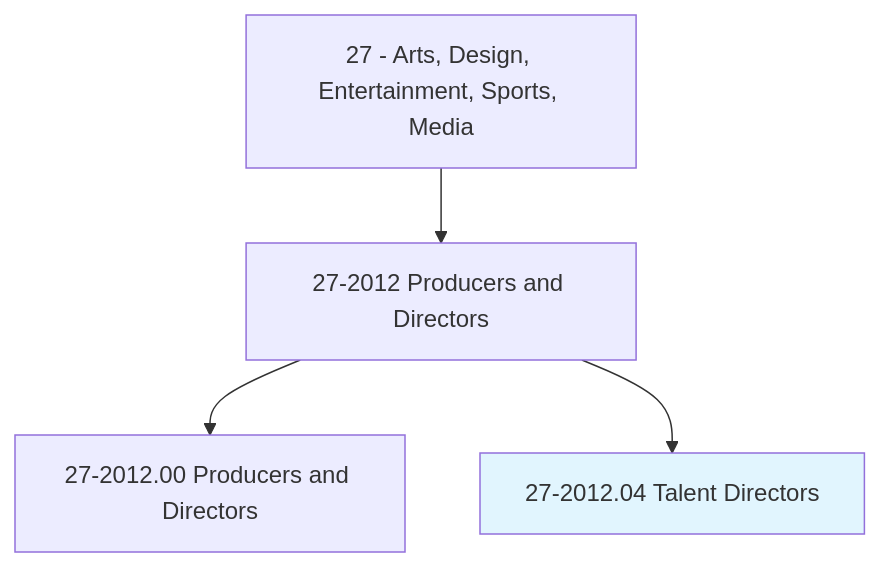
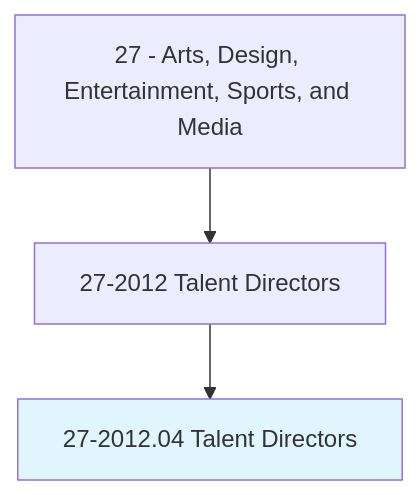
Before and after one commit to kziemski/business.org.ai: the first of 4 diagrams in occupations/ArtsMedia/TalentDirectors.mdx, drawn with Mermaid. The commit also changed other lines of this file and 938 other files, not shown here.

````diff
--- a/occupations/ArtsMedia/TalentDirectors.mdx
+++ b/occupations/ArtsMedia/TalentDirectors.mdx
@@ -19,7 +23,6 @@
 ```mermaid
 graph TD
-    Cat27["27 - Arts, Design, Entertainment, Sports, Media"] --> Group272012["27-2012 Producers and Directors"]
-    Group272012 --> Base["27-2012.00 Producers and Directors"]
+    Cat27["27 - Arts, Design, Entertainment, Sports, and Media"] --> Group272012["27-2012 Talent Directors"]
     Group272012 --> Current["27-2012.04 Talent Directors"]
     style Current fill:#e1f5fe
 ```
````
